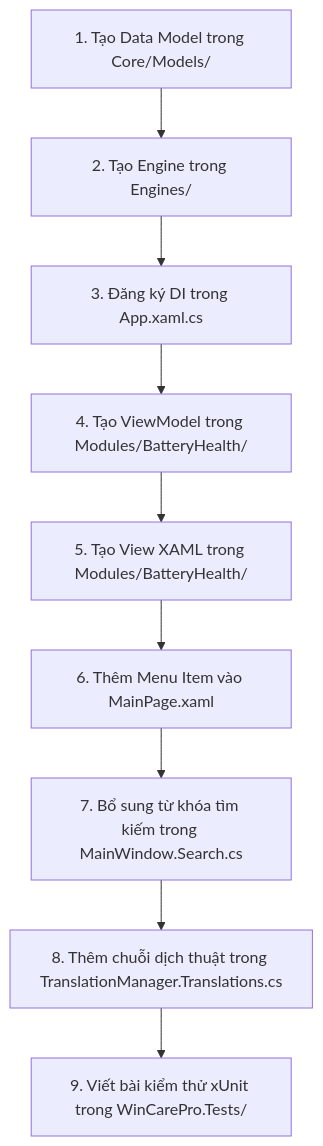
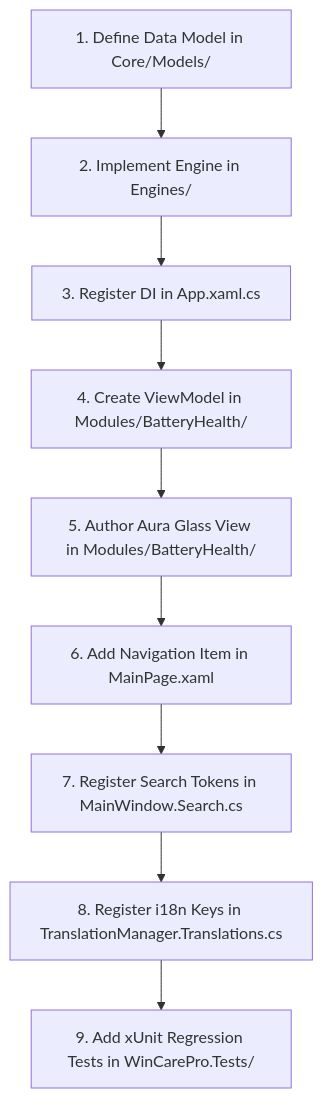
One commit to Nguyen-Trung-Tien/WinCarePro changed the diagram in docs/10_DEVELOPER_ONBOARDING_GUIDE.md. Above: the diagram before and after it, drawn with Mermaid. The commit also changed other lines of this file and 39 other files, not shown here.

Commit message:
docs: add comprehensive system documentation, architecture guides, developer onboarding, and AI agent rule/skill sets

````diff
--- a/docs/10_DEVELOPER_ONBOARDING_GUIDE.md
+++ b/docs/10_DEVELOPER_ONBOARDING_GUIDE.md
@@ -38,11 +38,11 @@
 ```mermaid
 graph TD
-    Step1["1. Tạo Data Model trong Core/Models/"] --> Step2["2. Tạo Engine trong Engines/"]
-    Step2 --> Step3["3. Đăng ký DI trong App.xaml.cs"]
-    Step3 --> Step4["4. Tạo ViewModel trong Modules/BatteryHealth/"]
-    Step4 --> Step5["5. Tạo View XAML trong Modules/BatteryHealth/"]
-    Step5 --> Step6["6. Thêm Menu Item vào MainPage.xaml"]
-    Step6 --> Step7["7. Bổ sung từ khóa tìm kiếm trong MainWindow.Search.cs"]
-    Step7 --> Step8["8. Thêm chuỗi dịch thuật trong TranslationManager.Translations.cs"]
-    Step8 --> Step9["9. Viết bài kiểm thử xUnit trong WinCarePro.Tests/"]
+    Step1["1. Define Data Model in Core/Models/"] --> Step2["2. Implement Engine in Engines/"]
+    Step2 --> Step3["3. Register DI in App.xaml.cs"]
+    Step3 --> Step4["4. Create ViewModel in Modules/BatteryHealth/"]
+    Step4 --> Step5["5. Author Aura Glass View in Modules/BatteryHealth/"]
+    Step5 --> Step6["6. Add Navigation Item in MainPage.xaml"]
+    Step6 --> Step7["7. Register Search Tokens in MainWindow.Search.cs"]
+    Step7 --> Step8["8. Register i18n Keys in TranslationManager.Translations.cs"]
+    Step8 --> Step9["9. Add xUnit Regression Tests in WinCarePro.Tests/"]
 ```
````
